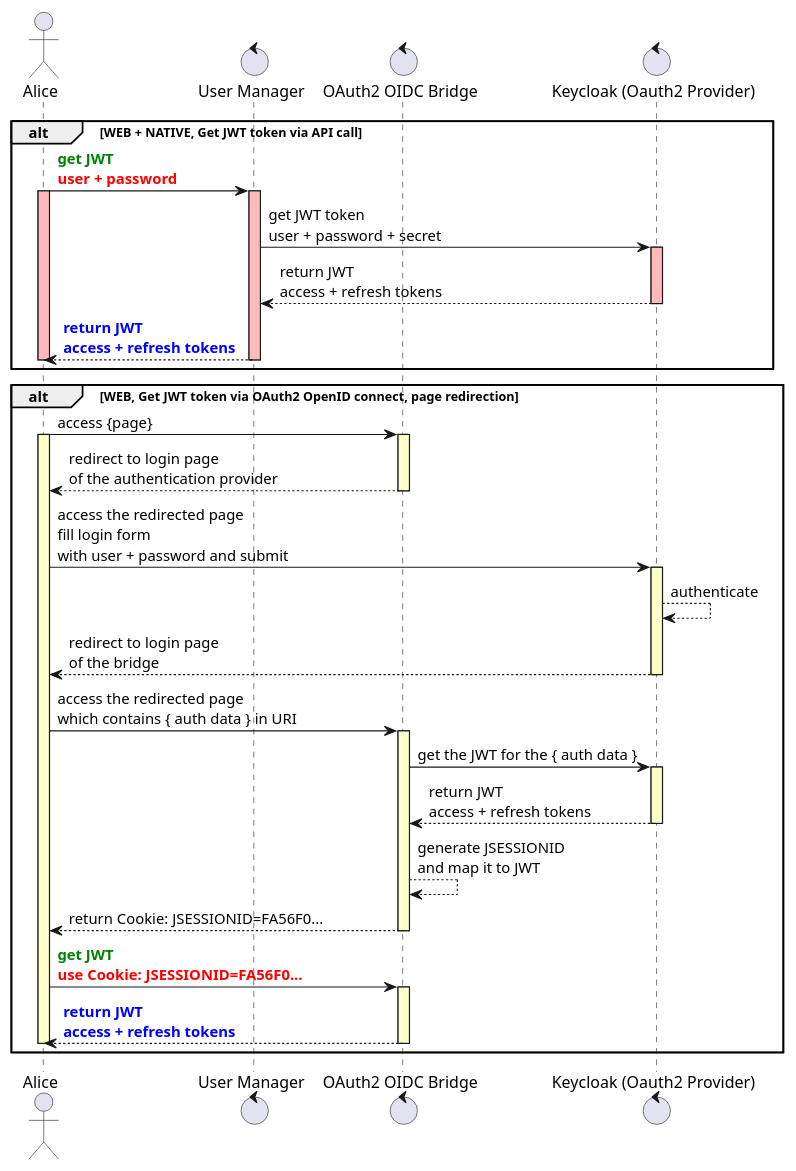
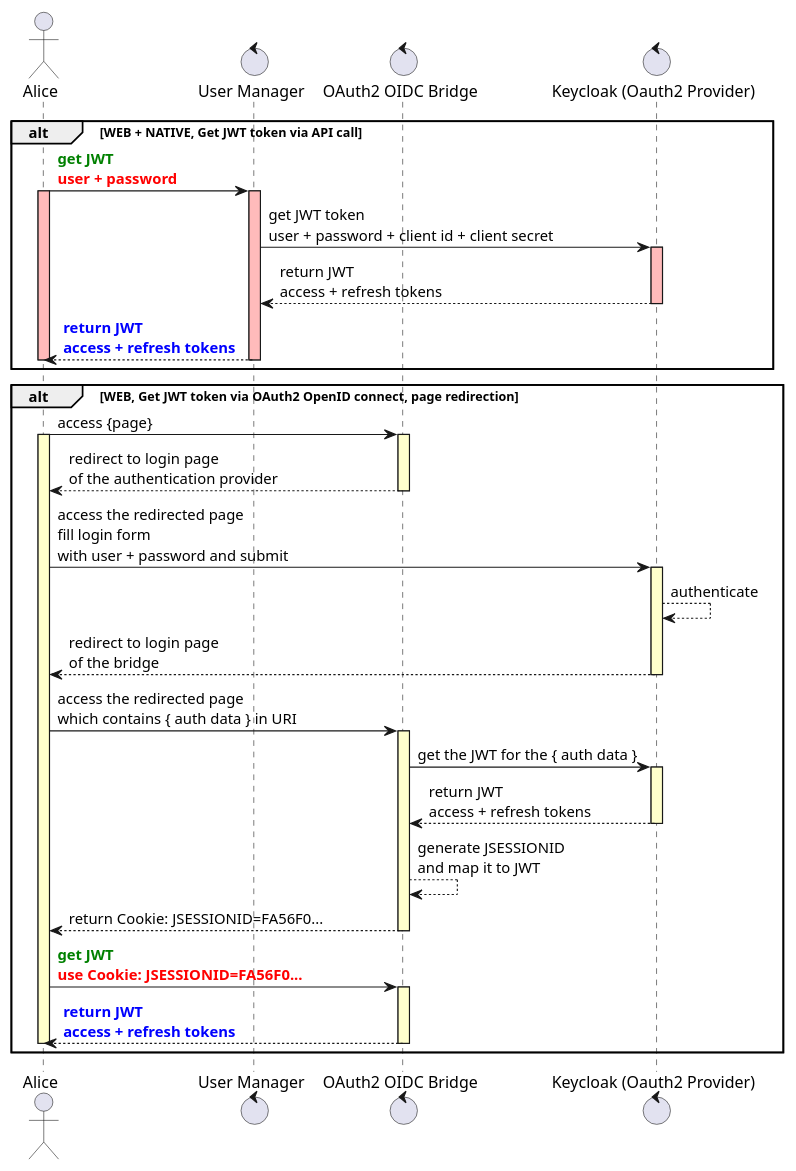
One commit to smart-home-oss/user-manager changed the diagram in src/main/resources/static/api/uml/01.authentication-2-scenarios.puml. Above: the diagram before and after it, drawn with PlantUML. The commit also changed 15 other files, not shown here.

```diff
--- a/src/main/resources/static/api/uml/01.authentication-2-scenarios.puml
+++ b/src/main/resources/static/api/uml/01.authentication-2-scenarios.puml
@@ -1,59 +1,59 @@
 @startuml
 actor Alice
 control "User Manager" as user_manager
 control "OAuth2 OIDC Bridge" as bridge
 control "Keycloak (Oauth2 Provider)" as oauth2
 
 alt WEB + NATIVE, Get JWT token via API call
 
 Alice -> user_manager: <font color=green><b>get JWT\n<font color=red><b>user + password
 activate Alice #FFBBBB
 
 activate user_manager #FFBBBB
-user_manager -> oauth2: get JWT token\nuser + password + secret
+user_manager -> oauth2: get JWT token\nuser + password + client id + client secret
 
 activate oauth2 #FFBBBB
 oauth2 --> user_manager: return JWT\naccess + refresh tokens
 deactivate oauth2
 
 user_manager --> Alice: <font color=blue><b>return JWT\n<font color=blue><b>access + refresh tokens
 deactivate user_manager
 
 deactivate Alice
 
 end
 
 alt WEB, Get JWT token via OAuth2 OpenID connect, page redirection
 
 Alice -> bridge: access {page}
 activate Alice #FFFFCC
 
 activate bridge #FFFFCC
 bridge --> Alice: redirect to login page\nof the authentication provider
 deactivate bridge
 
 Alice -> oauth2: access the redirected page\nfill login form\nwith user + password and submit
 activate oauth2 #FFFFCC
 
 oauth2 --> oauth2: authenticate
 oauth2 --> Alice: redirect to login page\nof the bridge
 deactivate oauth2
 
 Alice -> bridge: access the redirected page\nwhich contains { auth data } in URI
 activate bridge #FFFFCC
 bridge -> oauth2: get the JWT for the { auth data }
 activate oauth2 #FFFFCC
 oauth2 --> bridge: return JWT\naccess + refresh tokens
 deactivate oauth2
 
 bridge --> bridge: generate JSESSIONID\nand map it to JWT
 bridge --> Alice: return Cookie: JSESSIONID=FA56F0...
 deactivate bridge
 
 Alice -> bridge: <font color=green><b>get JWT\n<font color=red><b>use Cookie: JSESSIONID=FA56F0...
 activate bridge #FFFFCC
 bridge --> Alice: <font color=blue><b>return JWT\n<font color=blue><b>access + refresh tokens
 deactivate bridge
 deactivate Alice
 end
 @enduml
```
